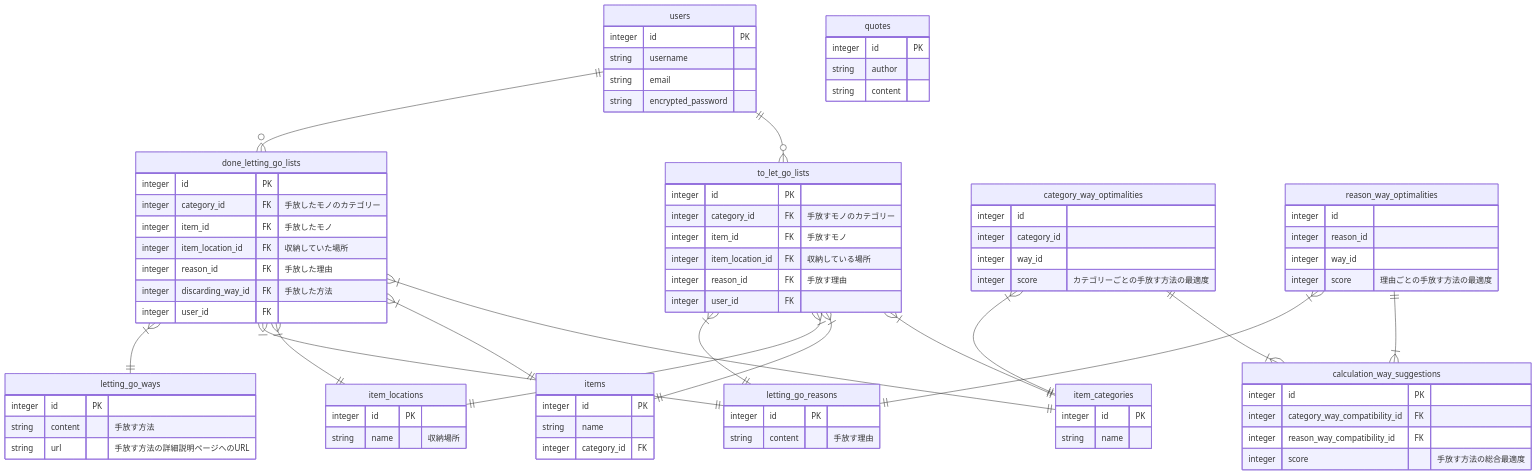
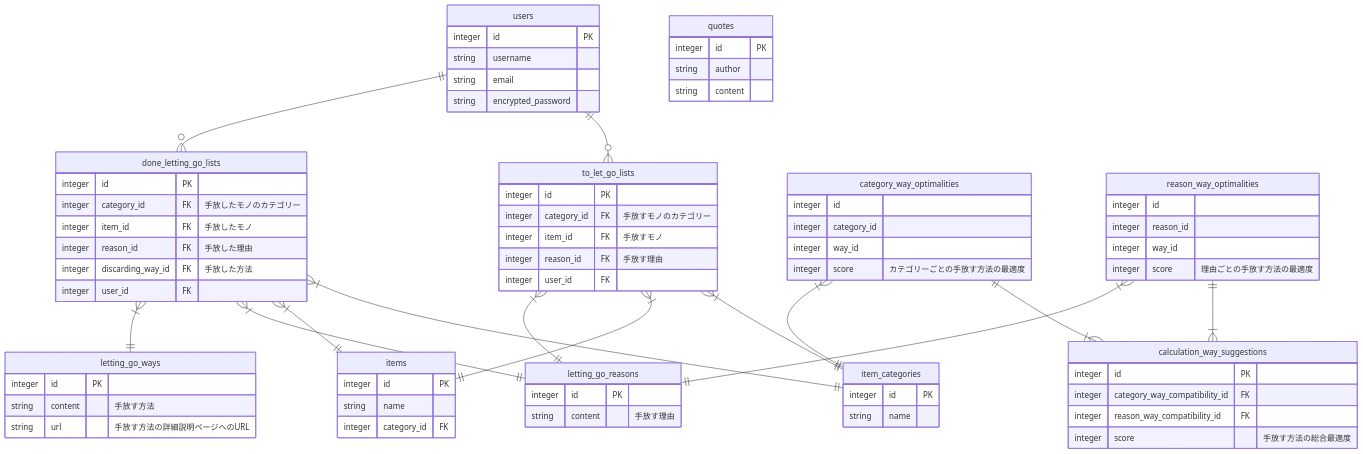
The diagram in db_architecture.md (sarii0213/karoyaka_sketch), drawn with Mermaid before and after one commit.

```diff
--- a/db_architecture.md
+++ b/db_architecture.md
@@ -7,8 +7,6 @@
 done_letting_go_lists }|--|| item_categories : ""
 to_let_go_lists }|--|| items : ""
 done_letting_go_lists }|--|| items : ""
-to_let_go_lists }|--|| item_locations : ""
-done_letting_go_lists }|--|| item_locations : ""
 to_let_go_lists }|--|| letting_go_reasons : ""
 done_letting_go_lists }|--|| letting_go_reasons : ""
 done_letting_go_lists }|--|| letting_go_ways : ""
@@ -28,7 +26,6 @@
 integer id PK
 integer category_id FK "手放すモノのカテゴリー"
 integer item_id FK "手放すモノ"
-integer item_location_id FK "収納している場所"
 integer reason_id FK "手放す理由"
 integer user_id FK  
 }
@@ -37,7 +34,6 @@
 integer id PK
 integer category_id FK "手放したモノのカテゴリー"
 integer item_id FK "手放したモノ"
-integer item_location_id FK "収納していた場所"
 integer reason_id FK "手放した理由" 
 integer discarding_way_id FK "手放した方法"
 integer user_id FK  
@@ -52,11 +48,6 @@
 integer id PK 
 string name 
 integer category_id FK 
-}
-
-item_locations {
-integer id PK 
-string name "収納場所"
 }
 
 letting_go_reasons {
```
